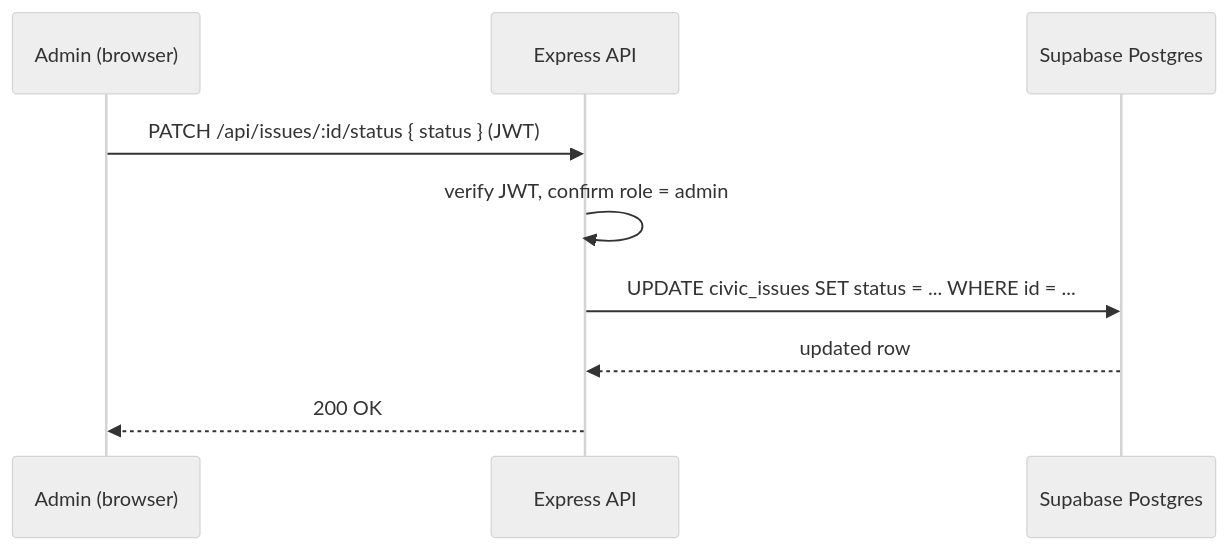
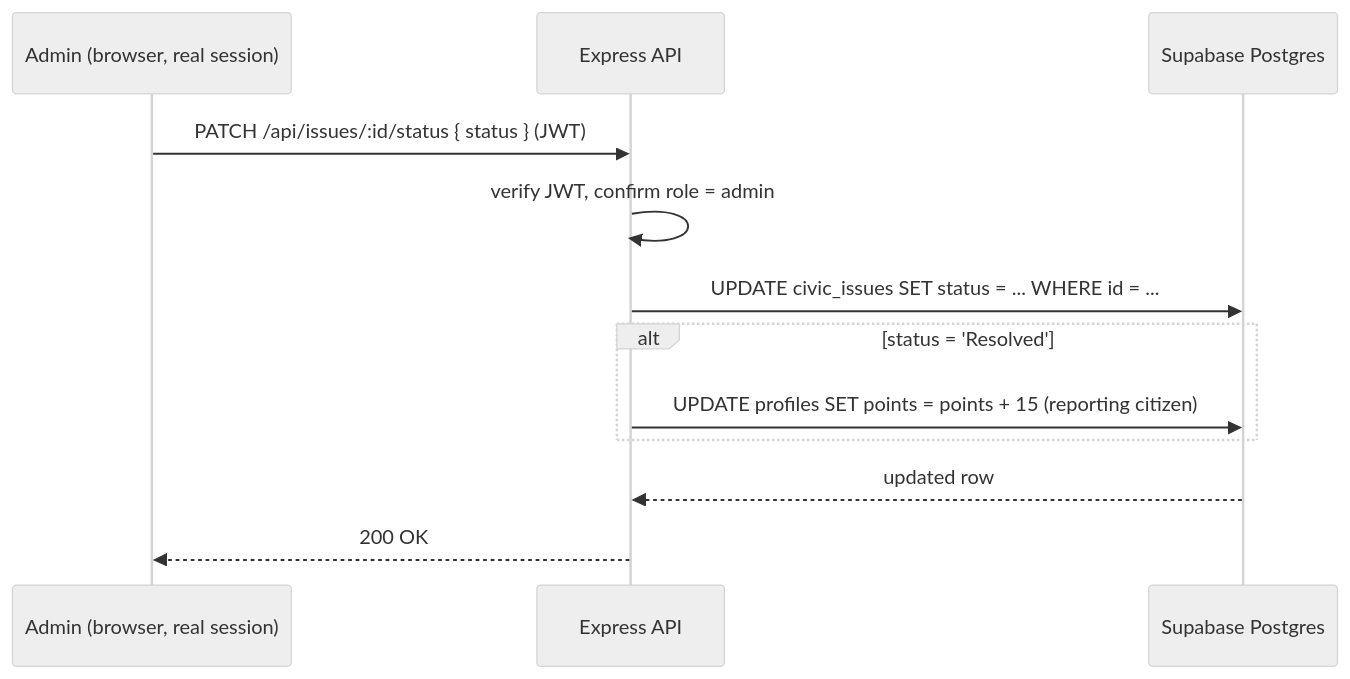
Before and after one commit to HasithaErandika/resolve-lk: the fourth of 5 diagrams in docs/srs/04-architecture.md, drawn with Mermaid (neutral theme). The commit also changed other lines of this file and 40 other files, not shown here.

Commit message:
feat: basic flow init with docs

````diff
--- a/docs/srs/04-architecture.md
+++ b/docs/srs/04-architecture.md
@@ -60,12 +92,15 @@
 ```mermaid
 sequenceDiagram
-    participant A as Admin (browser)
+    participant A as Admin (browser, real session)
     participant API as Express API
     participant DB as Supabase Postgres
 
     A->>API: PATCH /api/issues/:id/status { status } (JWT)
     API->>API: verify JWT, confirm role = admin
     API->>DB: UPDATE civic_issues SET status = ... WHERE id = ...
+    alt status = 'Resolved'
+        API->>DB: UPDATE profiles SET points = points + 15 (reporting citizen)
+    end
     DB-->>API: updated row
     API-->>A: 200 OK
 ```
````
